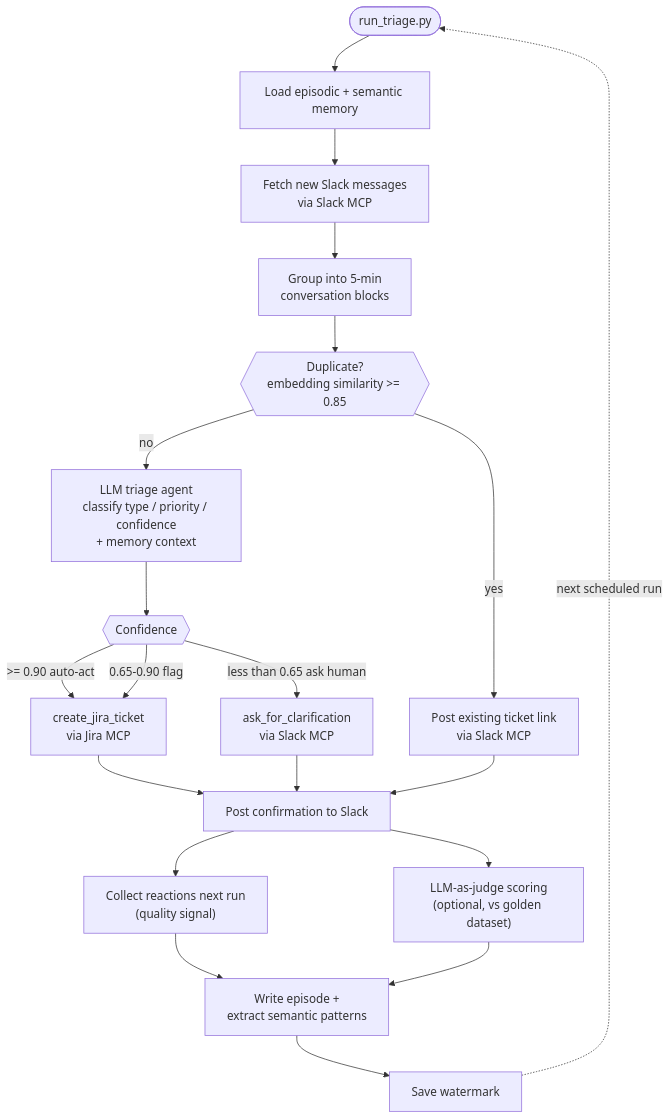
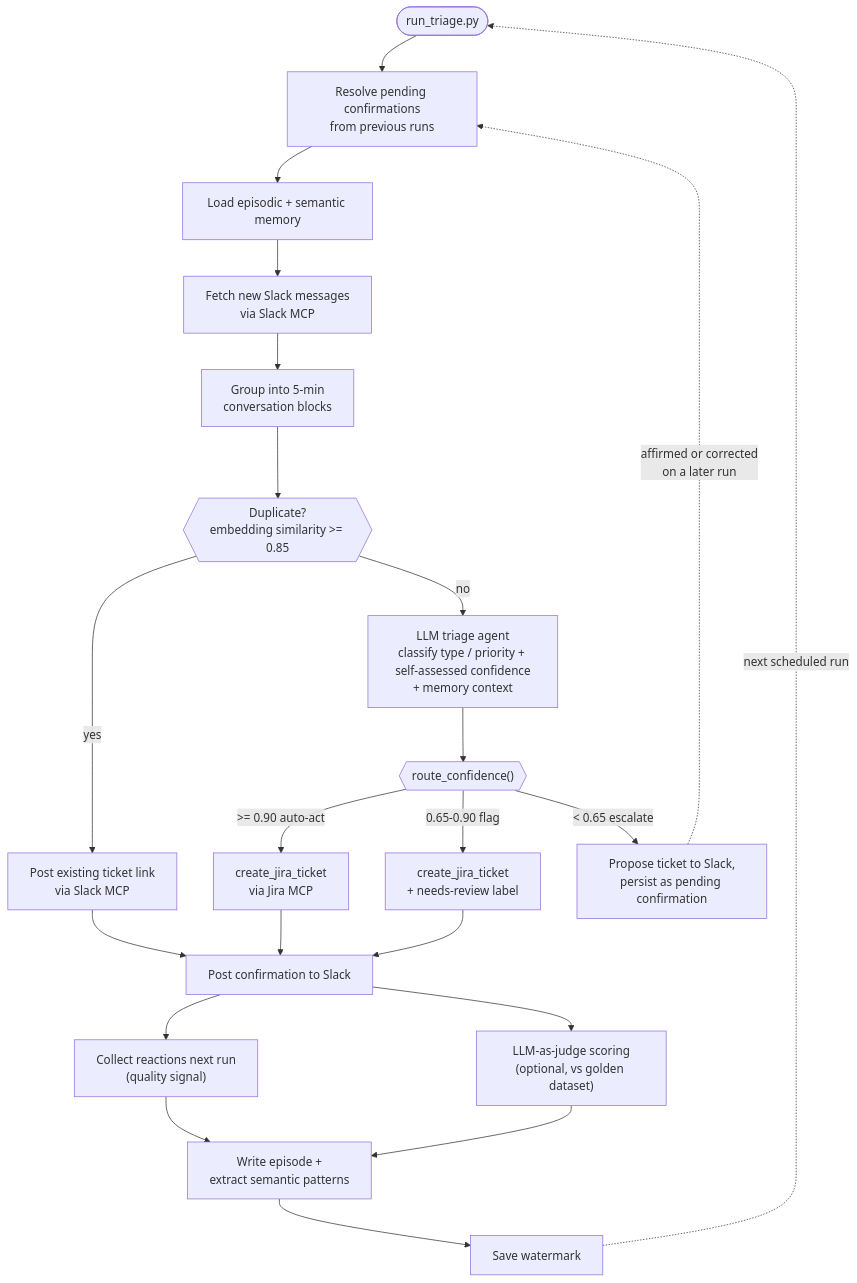
Before and after one commit to pavani-aiml-space/jira-slack-triage-agent: the diagram in docs/ARCHITECTURE.md, drawn with Mermaid. The commit also changed other lines of this file and 20 other files, not shown here.

````diff
--- a/docs/ARCHITECTURE.md
+++ b/docs/ARCHITECTURE.md
@@ -19,22 +19,24 @@
 ```mermaid
 flowchart TD
-    Start(["run_triage.py"]) --> Mem["Load episodic + semantic memory"]
+    Start(["run_triage.py"]) --> Resolve["Resolve pending confirmations\nfrom previous runs"]
+    Resolve --> Mem["Load episodic + semantic memory"]
     Mem --> Fetch["Fetch new Slack messages\nvia Slack MCP"]
     Fetch --> Group["Group into 5-min\nconversation blocks"]
     Group --> Dup{{"Duplicate?\nembedding similarity >= 0.85"}}
     Dup -- yes --> PostDup["Post existing ticket link\nvia Slack MCP"]
-    Dup -- no --> Agent["LLM triage agent\nclassify type / priority / confidence\n+ memory context"]
-    Agent --> Conf{{"Confidence"}}
+    Dup -- no --> Agent["LLM triage agent\nclassify type / priority + self-assessed confidence\n+ memory context"]
+    Agent --> Conf{{"route_confidence()"}}
     Conf -- ">= 0.90 auto-act" --> Create["create_jira_ticket\nvia Jira MCP"]
-    Conf -- "0.65-0.90 flag" --> Create
-    Conf -- "less than 0.65 ask human" --> Ask["ask_for_clarification\nvia Slack MCP"]
+    Conf -- "0.65-0.90 flag" --> CreateFlag["create_jira_ticket\n+ needs-review label"]
+    Conf -- "< 0.65 escalate" --> Propose["Propose ticket to Slack,\npersist as pending confirmation"]
     Create --> Confirm["Post confirmation to Slack"]
-    Ask --> Confirm
+    CreateFlag --> Confirm
     PostDup --> Confirm
+    Propose -. "affirmed or corrected\non a later run" .-> Resolve
     Confirm --> React["Collect reactions next run\n(quality signal)"]
     Confirm --> Judge["LLM-as-judge scoring\n(optional, vs golden dataset)"]
     React --> Persist["Write episode +\nextract semantic patterns"]
     Judge --> Persist
     Persist --> Watermark["Save watermark"]
     Watermark -. next scheduled run .-> Start
 ```
````
